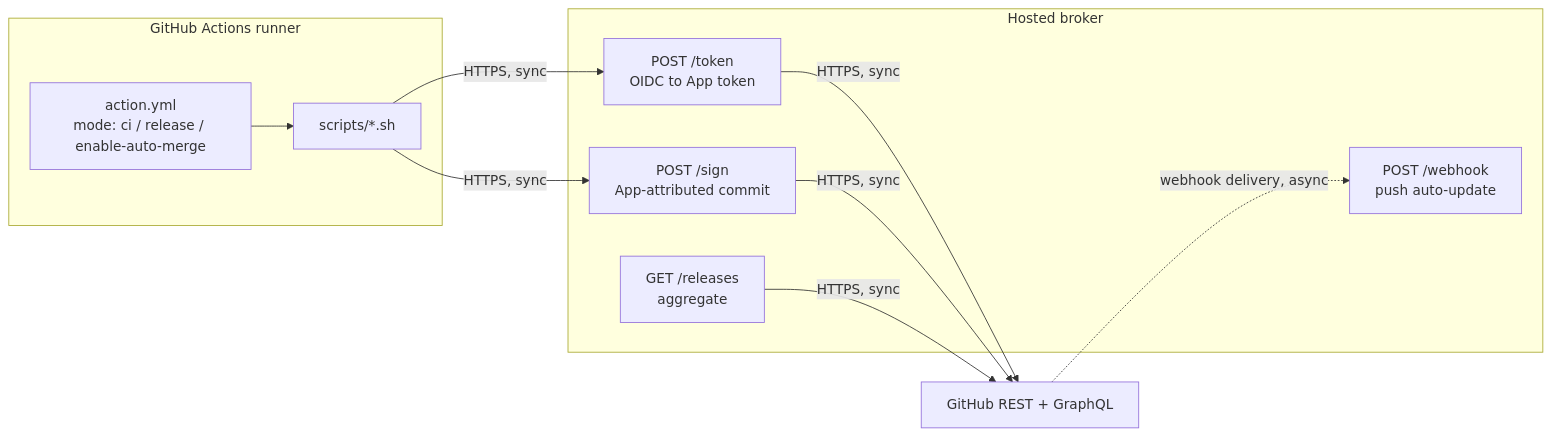
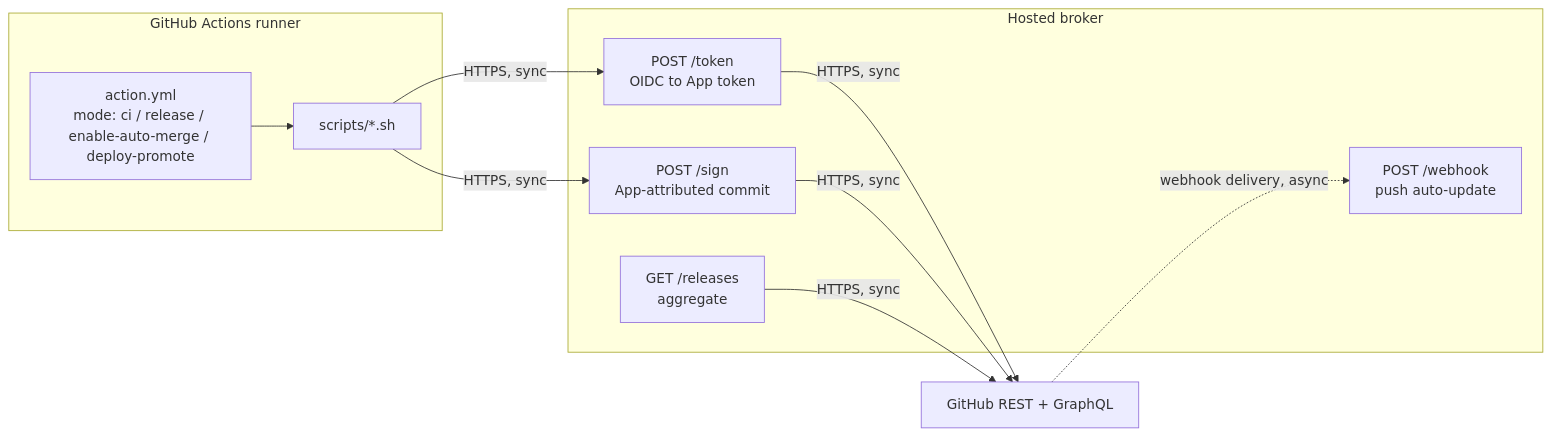
One commit to MagmaMoose/diatreme changed the diagram in docs/architecture.md. Above: the diagram before and after it, drawn with Mermaid. The commit also changed other lines of this file and 26 other files, not shown here.

First line of the commit message:
feat(release): propose each release to its GitOps overlays as deploy PRs (#200)

````diff
--- a/docs/architecture.md
+++ b/docs/architecture.md
@@ -9,21 +9,21 @@
 ```mermaid
 flowchart LR
     subgraph runner["GitHub Actions runner"]
-        A["action.yml<br/>mode: ci / release / enable-auto-merge"]
+        A["action.yml<br/>mode: ci / release / enable-auto-merge / deploy-promote"]
         S["scripts/*.sh"]
         A --> S
     end
     subgraph broker["Hosted broker"]
         T["POST /token<br/>OIDC to App token"]
         G["POST /sign<br/>App-attributed commit"]
         R["GET /releases<br/>aggregate"]
         W["POST /webhook<br/>push auto-update"]
     end
     S -->|"HTTPS, sync"| T
     S -->|"HTTPS, sync"| G
     GH["GitHub REST + GraphQL"]
     T -->|"HTTPS, sync"| GH
     G -->|"HTTPS, sync"| GH
     R -->|"HTTPS, sync"| GH
     GH -.->|"webhook delivery, async"| W
 ```
````
